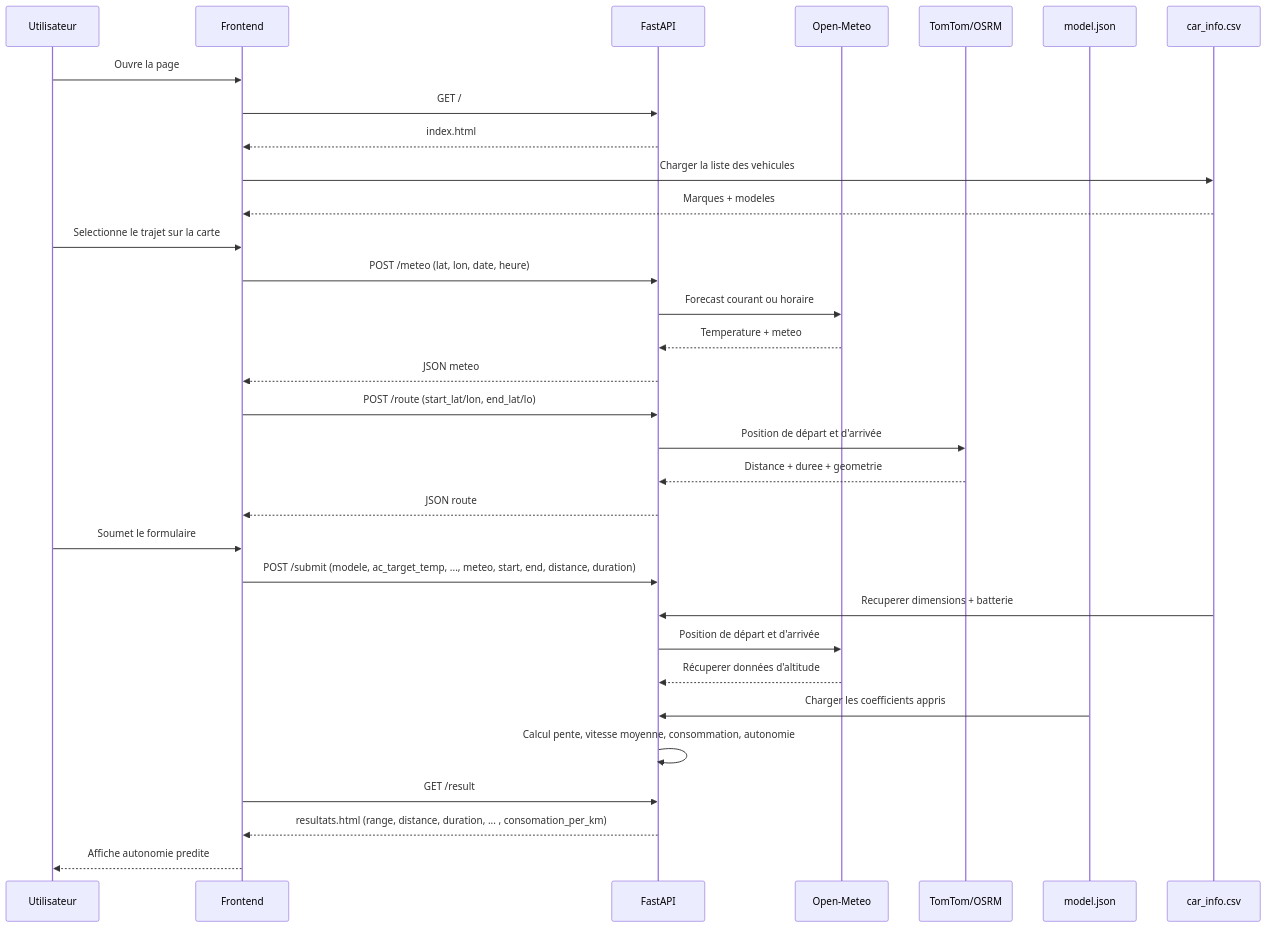
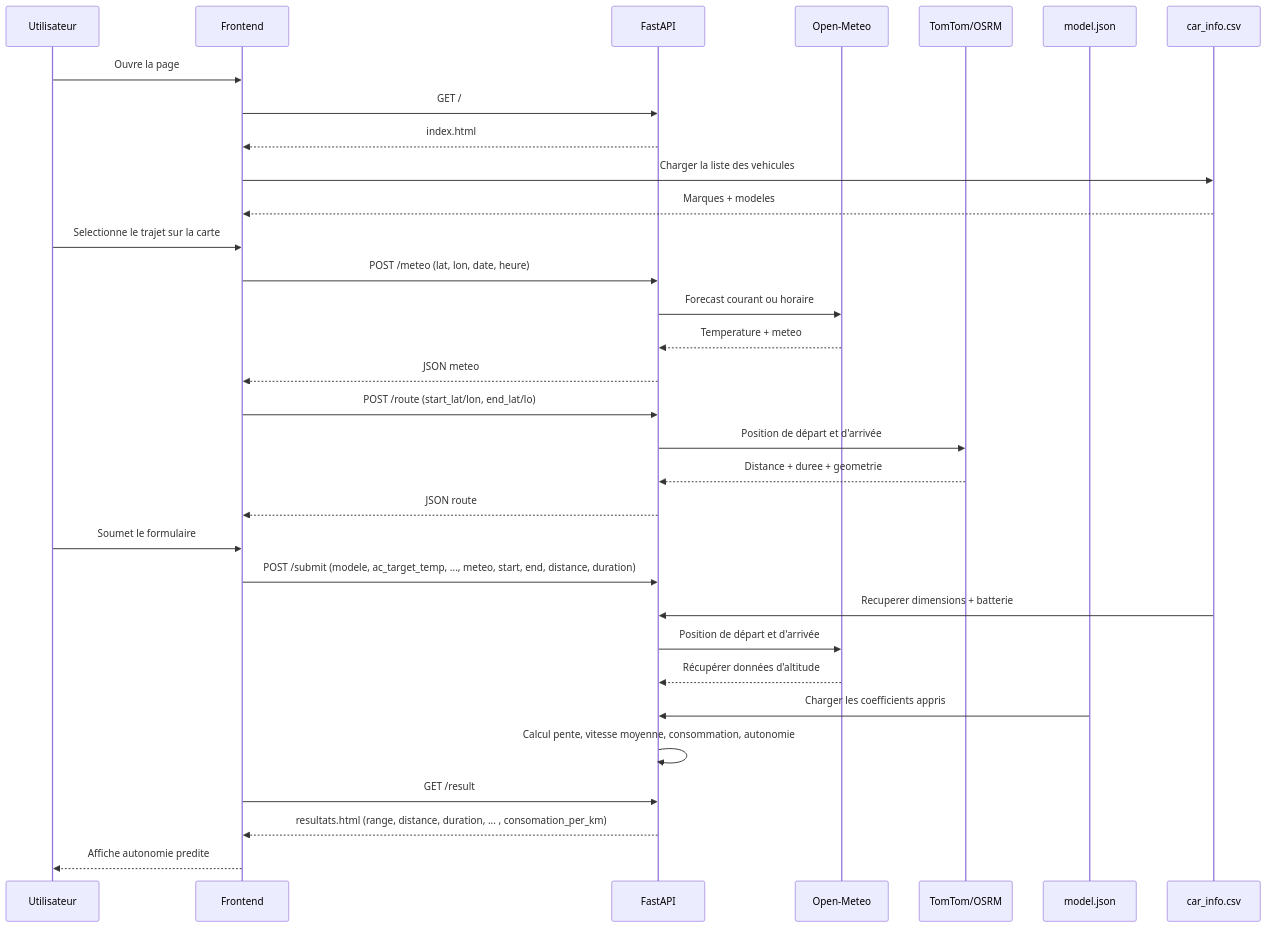
One commit to AlexandreCabana/EVAIAutonomyPredictor changed the diagram in README.MD. Above: the diagram before and after it, drawn with Mermaid. The commit also changed other lines of this file, not shown here.

````diff
--- a/README.MD
+++ b/README.MD
@@ -218,38 +218,38 @@
 ```mermaid
 sequenceDiagram
     participant User as Utilisateur
     participant UI as Frontend
     participant API as FastAPI
     participant Meteo as Open-Meteo
     participant Route as TomTom/OSRM
     participant Model as model.json
     participant Cars as car_info.csv
 
     User->>UI: Ouvre la page
     UI->>API: GET /
     API-->>UI: index.html
     UI->>Cars: Charger la liste des vehicules
     Cars-->>UI: Marques + modeles
 
     User->>UI: Selectionne le trajet sur la carte
     UI->>API: POST /meteo (lat, lon, date, heure)
     API->>Meteo: Forecast courant ou horaire
     Meteo-->>API: Temperature + meteo
     API-->>UI: JSON meteo
 
     UI->>API: POST /route (start_lat/lon, end_lat/lo)
     API->>Route: Position de départ et d'arrivée
     Route-->>API: Distance + duree + geometrie
     API-->>UI: JSON route
 
     User->>UI: Soumet le formulaire
     UI->>API: POST /submit (modele, ac_target_temp, ..., meteo, start, end, distance, duration)
     Cars->>API: Recuperer dimensions + batterie
     API->>Meteo: Position de départ et d'arrivée
-    Meteo-->>API: Récuperer données d'altitude
+    Meteo-->>API: Récupérer données d'altitude
     Model->>API: Charger les coefficients appris
     API->>API: Calcul pente, vitesse moyenne, consommation, autonomie
     UI->>API: GET /result 
     API-->>UI: resultats.html   (range, distance, duration, ... , consomation_per_km)
     UI-->>User: Affiche autonomie predite
 ```
````
